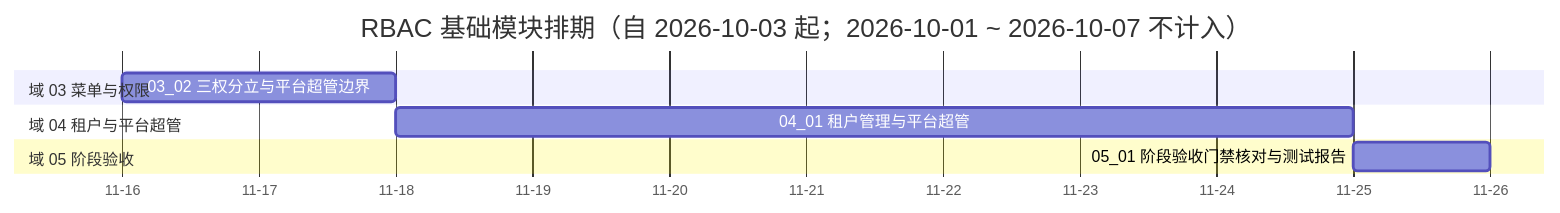
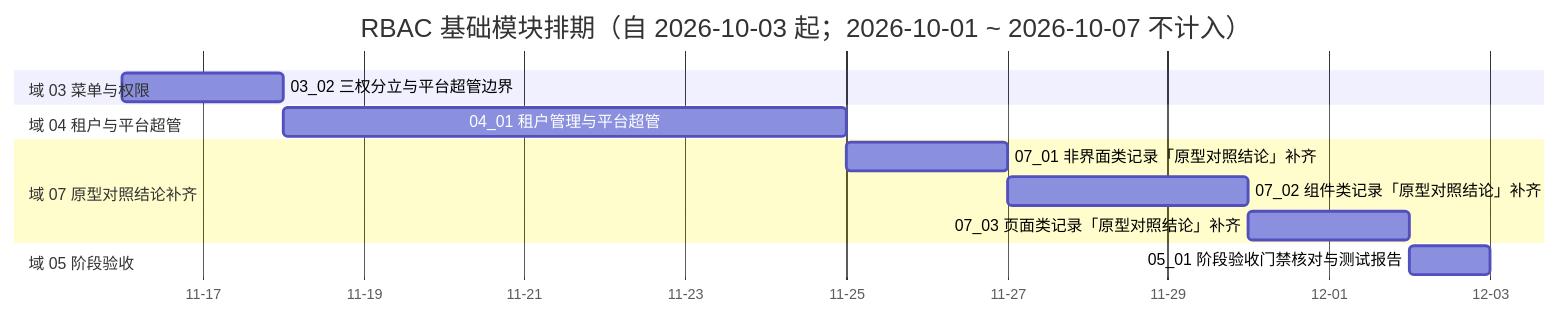
The diagram in bms文档/项目/07_RBAC基础模块/计划/01_计划_RBAC基础模块.md (minjian123/basic-management-system), drawn with Mermaid before and after one commit. The commit also changed other lines of this file and 11 other files, not shown here.

````diff
--- a/bms文档/项目/07_RBAC基础模块/计划/01_计划_RBAC基础模块.md
+++ b/bms文档/项目/07_RBAC基础模块/计划/01_计划_RBAC基础模块.md
@@ -56,14 +61,18 @@
 ```mermaid
 gantt
     title RBAC 基础模块排期（自 2026-10-03 起；2026-10-01 ~ 2026-10-07 不计入）
     dateFormat  YYYY-MM-DD
     axisFormat %m-%d
     section 域 01 插件化挂接
     section 域 03 菜单与权限
     03_02 三权分立与平台超管边界 :a0302, 2026-11-16, 2d
     section 域 02 用户与角色
     section 域 04 租户与平台超管
     04_01 租户管理与平台超管 :a0401, 2026-11-18, 7d
+    section 域 07 原型对照结论补齐
+    07_01 非界面类记录「原型对照结论」补齐 :a0701, 2026-11-25, 2d
+    07_02 组件类记录「原型对照结论」补齐 :a0702, 2026-11-27, 3d
+    07_03 页面类记录「原型对照结论」补齐 :a0703, 2026-11-30, 2d
     section 域 05 阶段验收
-    05_01 阶段验收门禁核对与测试报告 :a0501, 2026-11-25, 1d
+    05_01 阶段验收门禁核对与测试报告 :a0501, 2026-12-02, 1d
 ```
````
